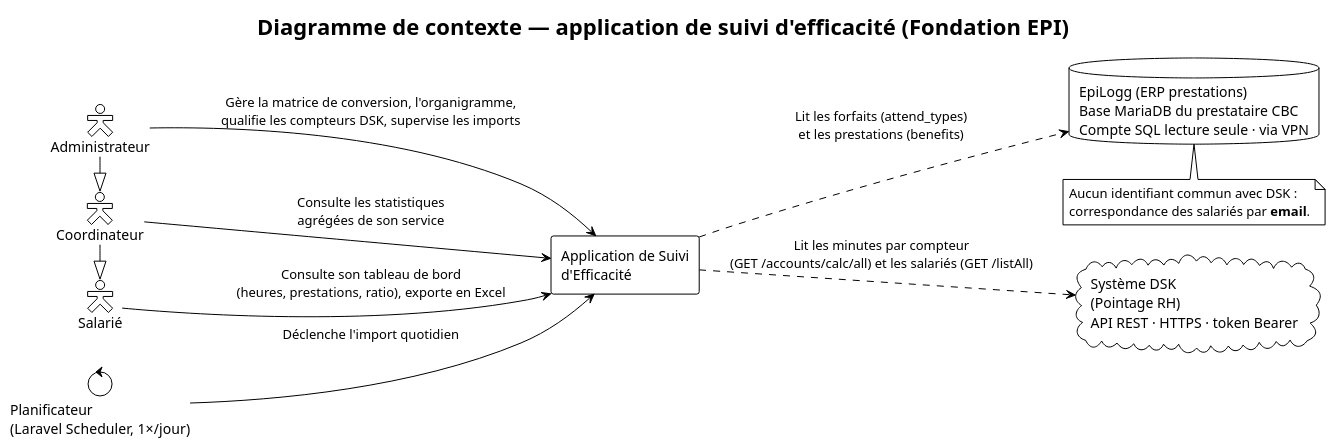
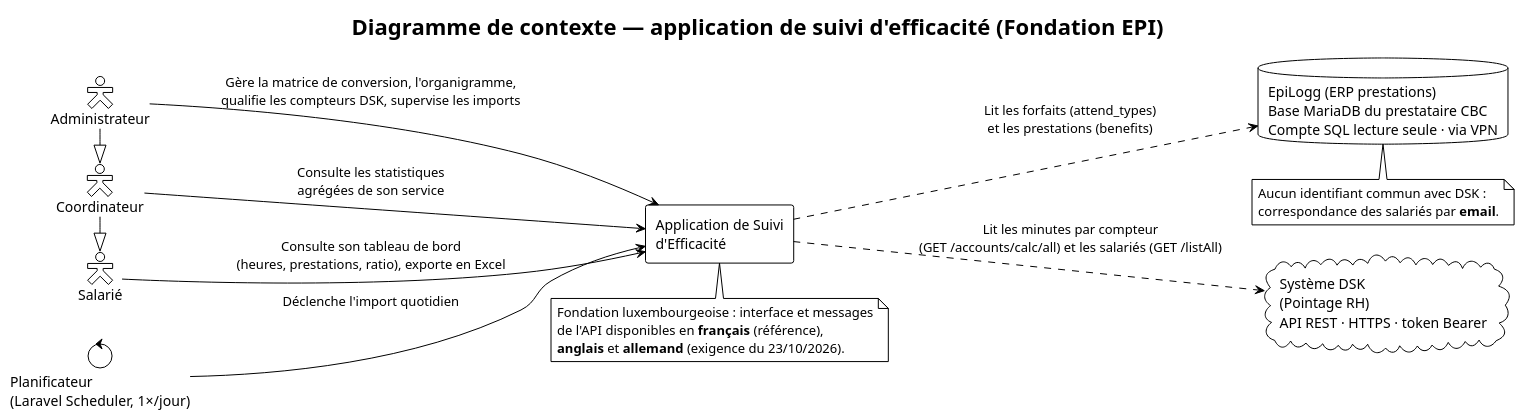
One commit to midjix/plantuml changed the diagram in diagramme_de_contexte.md. Above: the diagram before and after it, drawn with PlantUML. The commit also changed 2 other files, not shown here.

Commit message:
docs(uml): trilingual requirement and step B front
- context: note on the fr / en / de interface and API messages
- components: i18n component in the frontend, language middleware and
  language files in the API layer
- README: journal entry (requirement, gap to report in the dissertation)

````diff
--- a/diagramme_de_contexte.md
+++ b/diagramme_de_contexte.md
@@ -1,46 +1,52 @@
 ```plantuml
 @startuml
 !theme plain
 left to right direction
 skinparam packageStyle rectangle
 skinparam actorStyle hollow
 
 title Diagramme de contexte — application de suivi d'efficacité (Fondation EPI)
 
 ' --- Acteurs humains ---
 actor "Salarié" as sal
 actor "Coordinateur" as coord
 actor "Administrateur" as admin
 
 ' Héritage de droits
 coord -|> sal
 admin -|> coord
 
 ' --- Acteur technique ---
 control "Planificateur\n(Laravel Scheduler, 1×/jour)" as cron
 
 ' --- Systèmes externes (LECTURE SEULE) ---
 cloud "Système DSK\n(Pointage RH)\nAPI REST · HTTPS · token Bearer" as dsk
 database "EpiLogg (ERP prestations)\nBase MariaDB du prestataire CBC\nCompte SQL lecture seule · via VPN" as epilogg
 
 ' --- Le système ---
 rectangle "Application de Suivi\nd'Efficacité" as app {
 }
 
 ' --- Interactions acteurs <-> système ---
 sal --> app : Consulte son tableau de bord\n(heures, prestations, ratio), exporte en Excel
 coord --> app : Consulte les statistiques\nagrégées de son service
 admin --> app : Gère la matrice de conversion, l'organigramme,\nqualifie les compteurs DSK, supervise les imports
 cron --> app : Déclenche l'import quotidien
 
 ' --- Interactions système <-> systèmes externes ---
 app ..> dsk : Lit les minutes par compteur\n(GET /accounts/calc/all) et les salariés (GET /listAll)
 app ..> epilogg : Lit les forfaits (attend_types)\net les prestations (benefits)
 
 note bottom of epilogg
   Aucun identifiant commun avec DSK :
   correspondance des salariés par **email**.
 end note
 
+note bottom of app
+  Fondation luxembourgeoise : interface et messages
+  de l'API disponibles en **français** (référence),
+  **anglais** et **allemand** (exigence du 23/10/2026).
+end note
+
 @enduml
 ```
````
